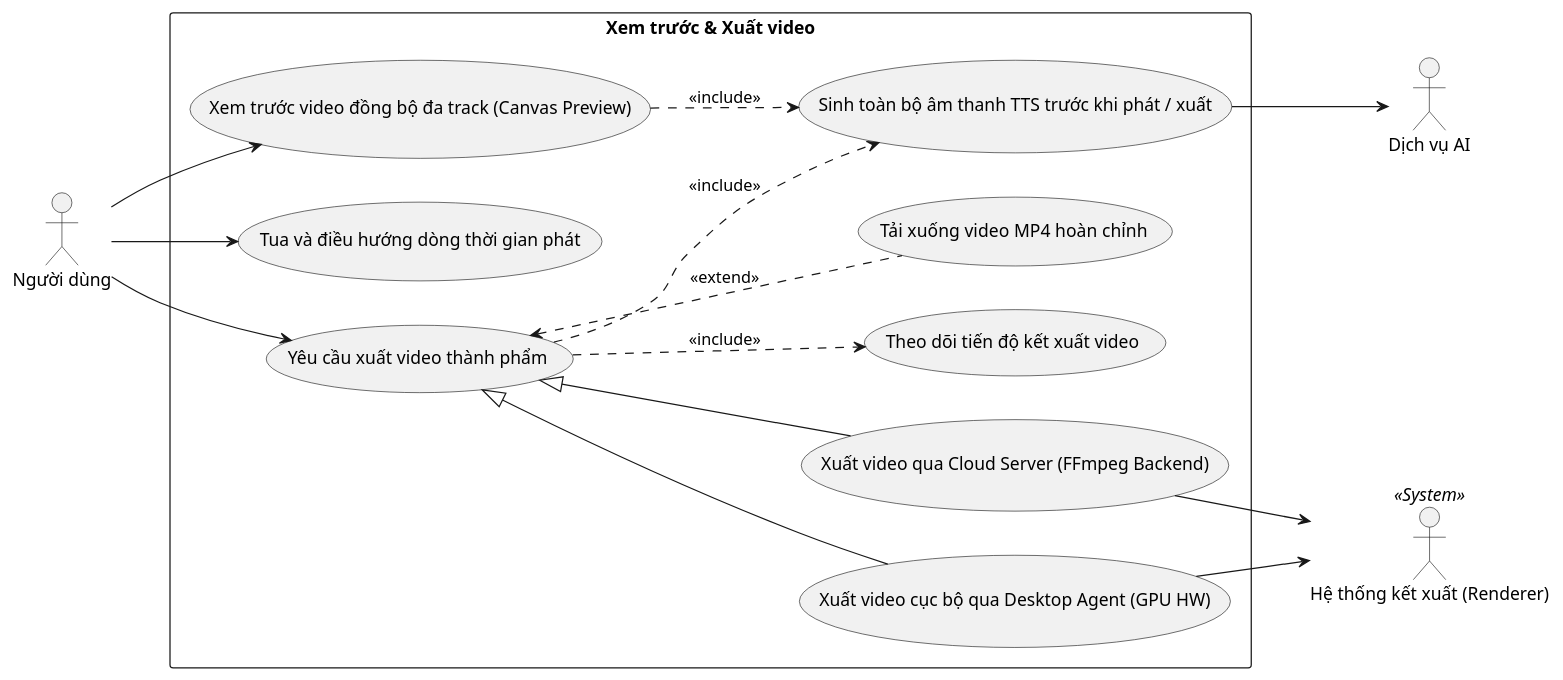
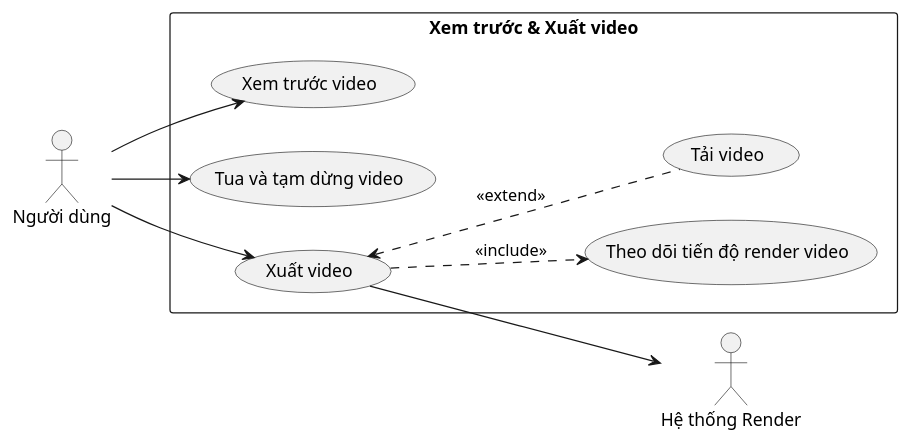
One commit to 202416852-anhpv/story2video-docs changed the diagram in docs/bieu-do-uc/bieu-do-uc-chi-tiet/make/dung-va-xuat-video/xem-truoc-va-xuat-video.puml. Above: the diagram before and after it, drawn with PlantUML. The commit also changed 3 other files, not shown here.

```diff
--- a/docs/bieu-do-uc/bieu-do-uc-chi-tiet/make/dung-va-xuat-video/xem-truoc-va-xuat-video.puml
+++ b/docs/bieu-do-uc/bieu-do-uc-chi-tiet/make/dung-va-xuat-video/xem-truoc-va-xuat-video.puml
@@ -1,36 +1,23 @@
 @startuml xem-truoc-va-xuat-video
 left to right direction
 
 actor "Người dùng" as User
-actor "Dịch vụ AI" as AI_Service
-actor "Hệ thống kết xuất (Renderer)" as Render_Service <<System>>
+actor "Hệ thống Render" as Render_Service
 
 rectangle "Xem trước & Xuất video" {
-    usecase "Xem trước video đồng bộ đa track (Canvas Preview)" as UC_01
-    usecase "Tua và điều hướng dòng thời gian phát" as UC_02
-    usecase "Sinh toàn bộ âm thanh TTS trước khi phát / xuất" as UC_03
-    usecase "Yêu cầu xuất video thành phẩm" as UC_04
-    usecase "Xuất video qua Cloud Server (FFmpeg Backend)" as UC_04_1
-    usecase "Xuất video cục bộ qua Desktop Agent (GPU HW)" as UC_04_2
-    usecase "Theo dõi tiến độ kết xuất video" as UC_05
-    usecase "Tải xuống video MP4 hoàn chỉnh" as UC_06
+    usecase "Xem trước video" as UC_01
+    usecase "Tua và tạm dừng video" as UC_02
+    usecase "Xuất video" as UC_04
+    usecase "Theo dõi tiến độ render video" as UC_05
+    usecase "Tải video" as UC_06
 }
 
 User --> UC_01
 User --> UC_02
 User --> UC_04
 
-UC_01 ..> UC_03 : <<include>>
-UC_04 ..> UC_03 : <<include>>
-UC_03 --> AI_Service
-
-UC_04 <|-- UC_04_1
-UC_04 <|-- UC_04_2
-
-UC_04_1 --> Render_Service
-UC_04_2 --> Render_Service
-
 UC_04 ..> UC_05 : <<include>>
 UC_04 <.. UC_06 : <<extend>>
 
+UC_04 --> Render_Service
 @enduml
```
